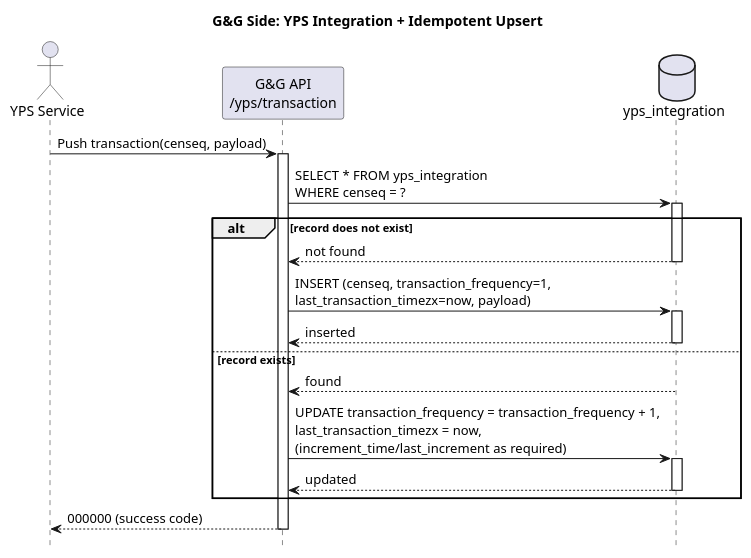
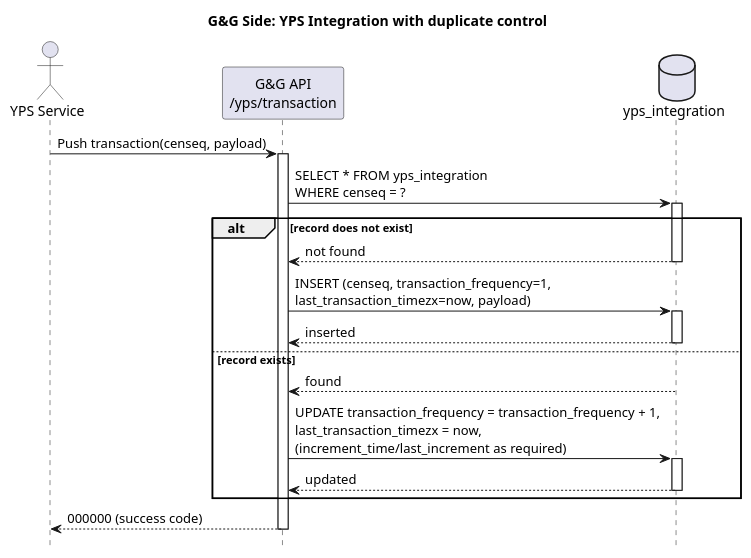
Before and after one commit to phyothuhan26/MySolutions: the diagram in GandG_YPS_DataLost/SequenceDiagram/YPS → G&G endpoint → yps_integration upsert.puml, drawn with PlantUML. The commit also changed 8 other files, not shown here.

```diff
--- a/GandG_YPS_DataLost/SequenceDiagram/YPS → G&G endpoint → yps_integration upsert.puml
+++ b/GandG_YPS_DataLost/SequenceDiagram/YPS → G&G endpoint → yps_integration upsert.puml
@@ -1,32 +1,32 @@
 @startuml
-title G&G Side: YPS Integration + Idempotent Upsert
+title G&G Side: YPS Integration with duplicate control
 hide footbox
 actor "YPS Service" as YPS
 participant "G&G API\n/yps/transaction" as API
 database "yps_integration" as DB
 
 YPS -> API: Push transaction(censeq, payload)
 activate API
 
 API -> DB: SELECT * FROM yps_integration\nWHERE censeq = ?
 activate DB
 
 alt record does not exist
   DB --> API: not found
   deactivate DB
   API -> DB: INSERT (censeq, transaction_frequency=1,\nlast_transaction_timezx=now, payload)
   activate DB
   DB --> API: inserted
   deactivate DB
 else record exists
   DB --> API: found
   deactivate DB
   API -> DB: UPDATE transaction_frequency = transaction_frequency + 1,\nlast_transaction_timezx = now,\n(increment_time/last_increment as required)
   activate DB
   DB --> API: updated
   deactivate DB
 end
 
 API --> YPS: 000000 (success code)
 deactivate API
 @enduml
```
